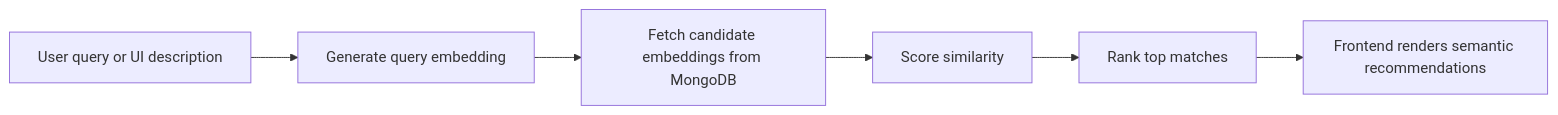
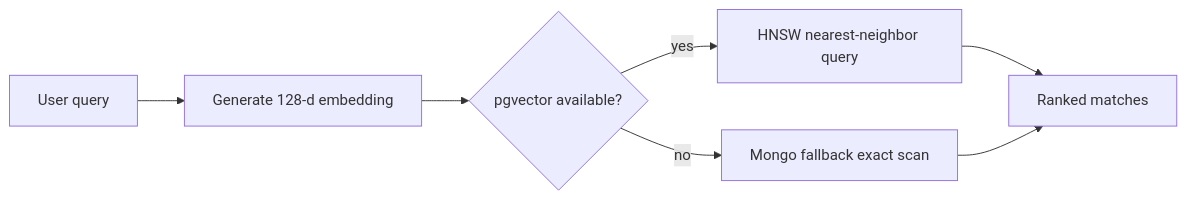
One commit to rushmanthnalluri/modular-component-showcase-application changed the diagram in docs/vector-search.md. Above: the diagram before and after it, drawn with Mermaid. The commit also changed other lines of this file and 64 other files, not shown here.

````diff
--- a/docs/vector-search.md
+++ b/docs/vector-search.md
@@ -28,8 +55,9 @@
 ```mermaid
 flowchart LR
-  Q[User query or UI description] --> E[Generate query embedding]
-  E --> M[Fetch candidate embeddings from MongoDB]
-  M --> S[Score similarity]
-  S --> R[Rank top matches]
-  R --> F[Frontend renders semantic recommendations]
+  Q[User query] --> E[Generate 128-d embedding]
+  E --> P{pgvector available?}
+  P -->|yes| H[HNSW nearest-neighbor query]
+  H --> R[Ranked matches]
+  P -->|no| M[Mongo fallback exact scan]
+  M --> R
 ```
````
